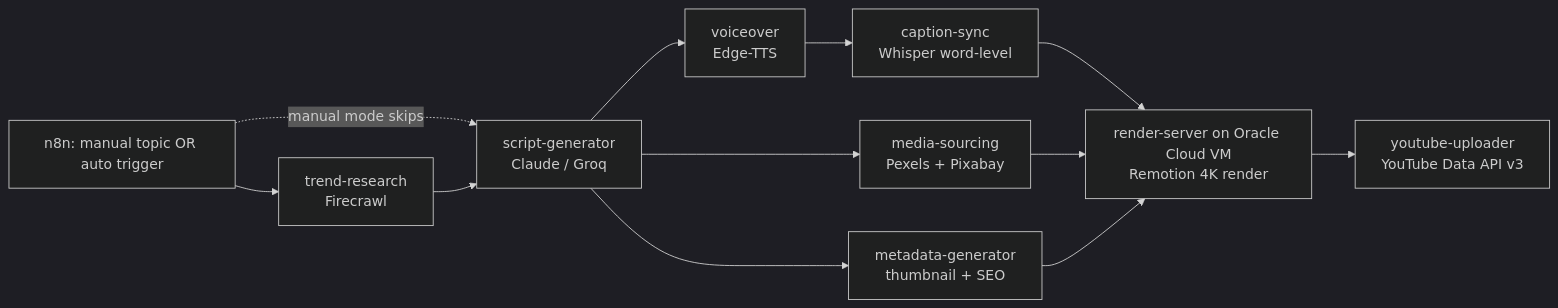
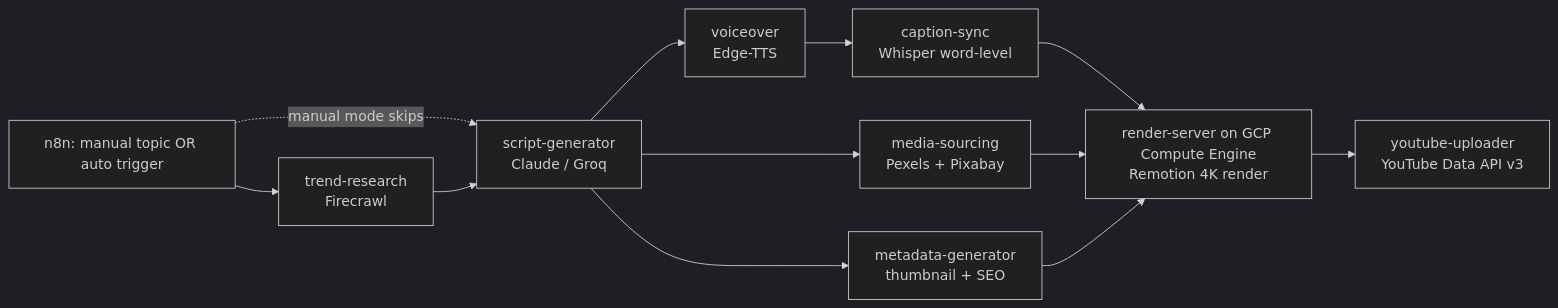
Before and after one commit to alihamzagondal57/ai-news-youtube-automation: the diagram in README.md, drawn with Mermaid (dark theme). The commit also changed other lines of this file and 59 other files, not shown here.

First line of the commit message:
Implement render pipeline: Remotion compositions, render-server, shared job-store/schemas

````diff
--- a/README.md
+++ b/README.md
@@ -22,14 +22,14 @@
 ```mermaid
 flowchart LR
     A[n8n: manual topic OR auto trigger] --> B[trend-research\nFirecrawl]
     A -.manual mode skips.-> C
     B --> C[script-generator\nClaude / Groq]
     C --> D[voiceover\nEdge-TTS]
     D --> E[caption-sync\nWhisper word-level]
     C --> F[media-sourcing\nPexels + Pixabay]
     C --> G[metadata-generator\nthumbnail + SEO]
     E --> H
-    F --> H[render-server on Oracle Cloud VM\nRemotion 4K render]
+    F --> H[render-server on GCP Compute Engine\nRemotion 4K render]
     G --> H
     H --> I[youtube-uploader\nYouTube Data API v3]
 ```
````
